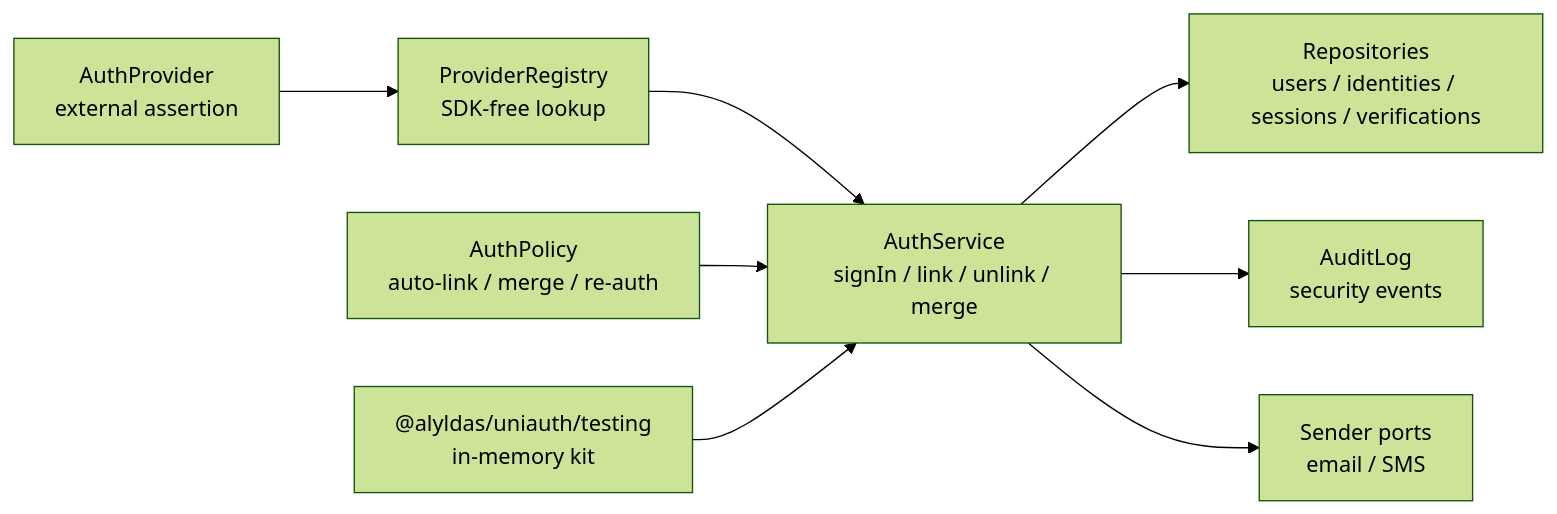
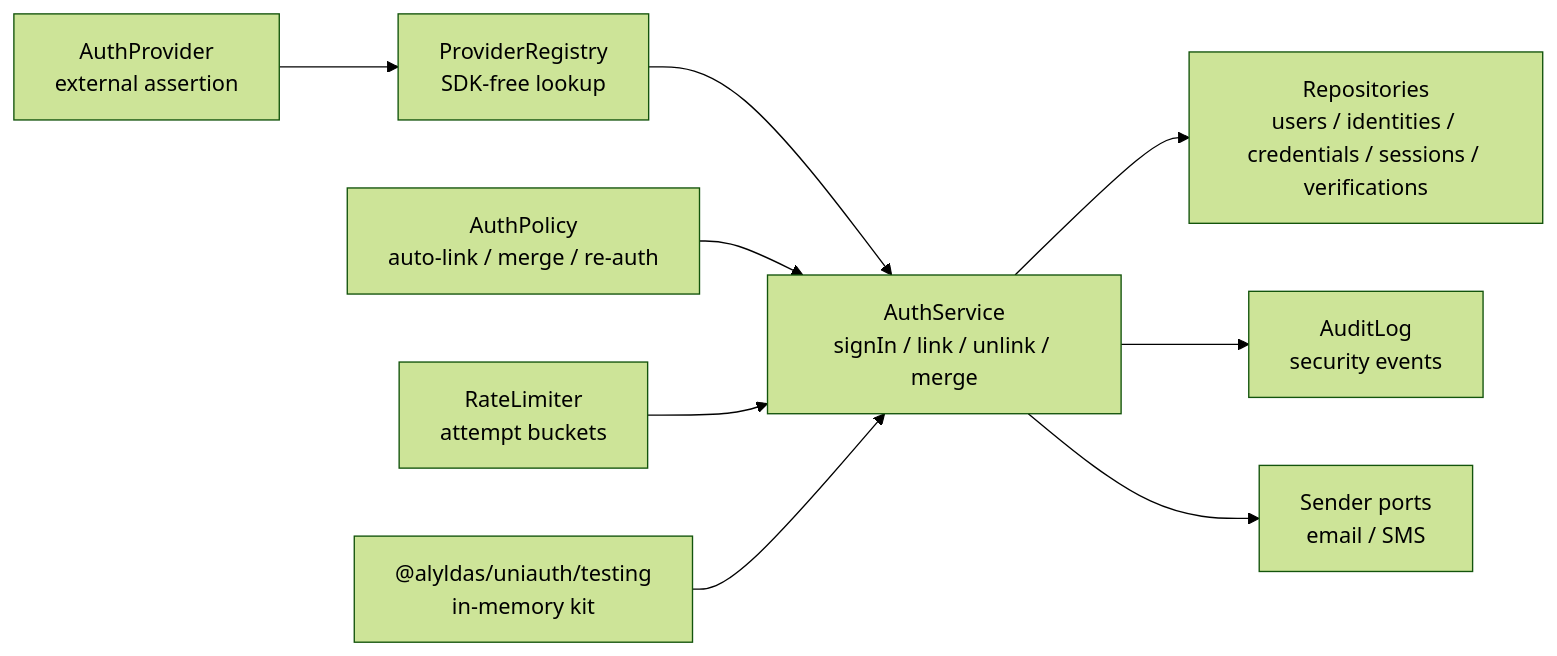
The first of 3 diagrams in README.md (alyldas/uniauth), drawn with Mermaid (forest theme) before and after one commit. The commit also changed other lines of this file and 5 other files, not shown here.

````diff
--- a/README.md
+++ b/README.md
@@ -41,10 +50,11 @@
 ```mermaid
 flowchart LR
   Provider["AuthProvider<br/>external assertion"] --> Registry["ProviderRegistry<br/>SDK-free lookup"]
   Registry --> Service["AuthService<br/>signIn / link / unlink / merge"]
   Policy["AuthPolicy<br/>auto-link / merge / re-auth"] --> Service
-  Service --> Repos["Repositories<br/>users / identities / sessions / verifications"]
+  RateLimiter["RateLimiter<br/>attempt buckets"] --> Service
+  Service --> Repos["Repositories<br/>users / identities / credentials / sessions / verifications"]
   Service --> Audit["AuditLog<br/>security events"]
   Service --> Senders["Sender ports<br/>email / SMS"]
   Testing["@alyldas/uniauth/testing<br/>in-memory kit"] --> Service
 ```
````
